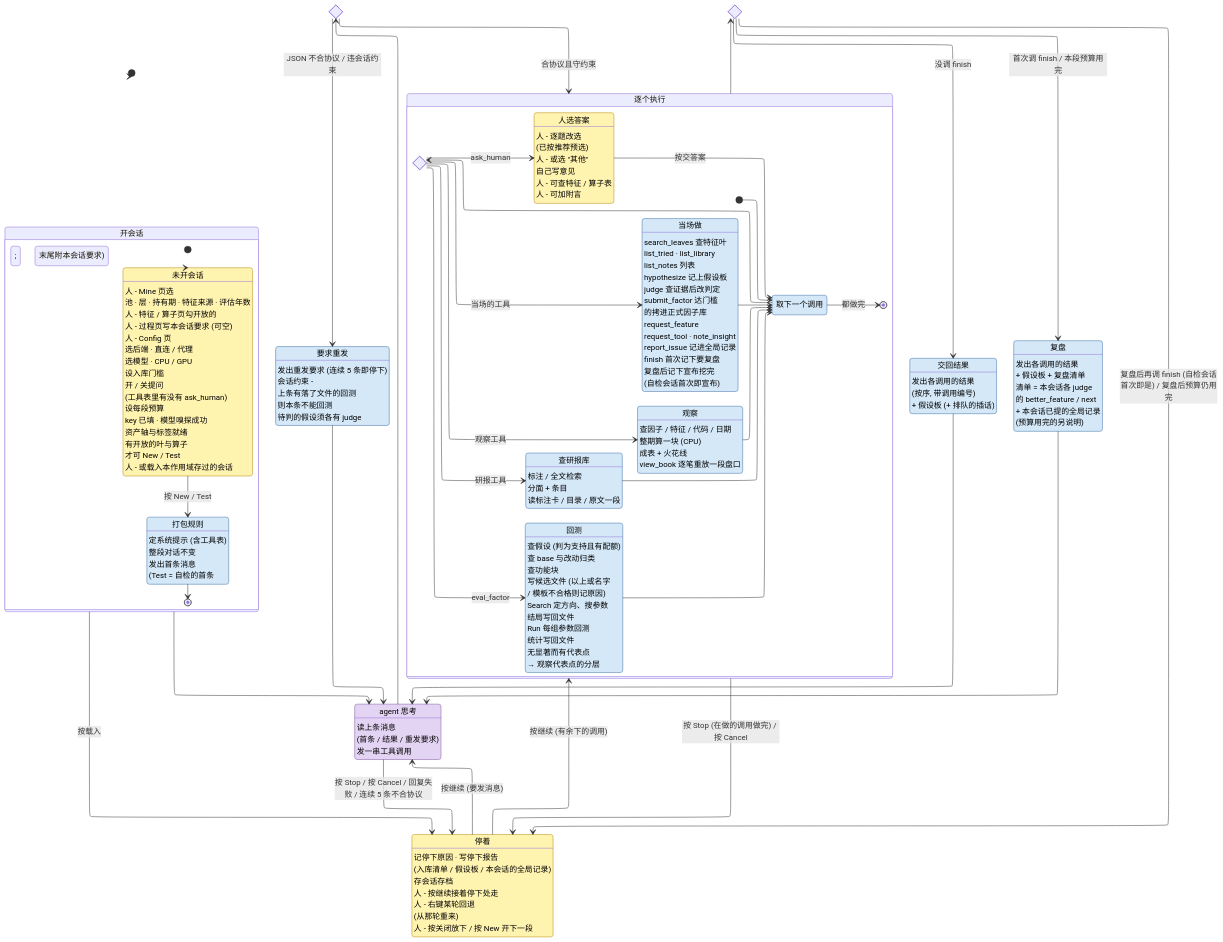
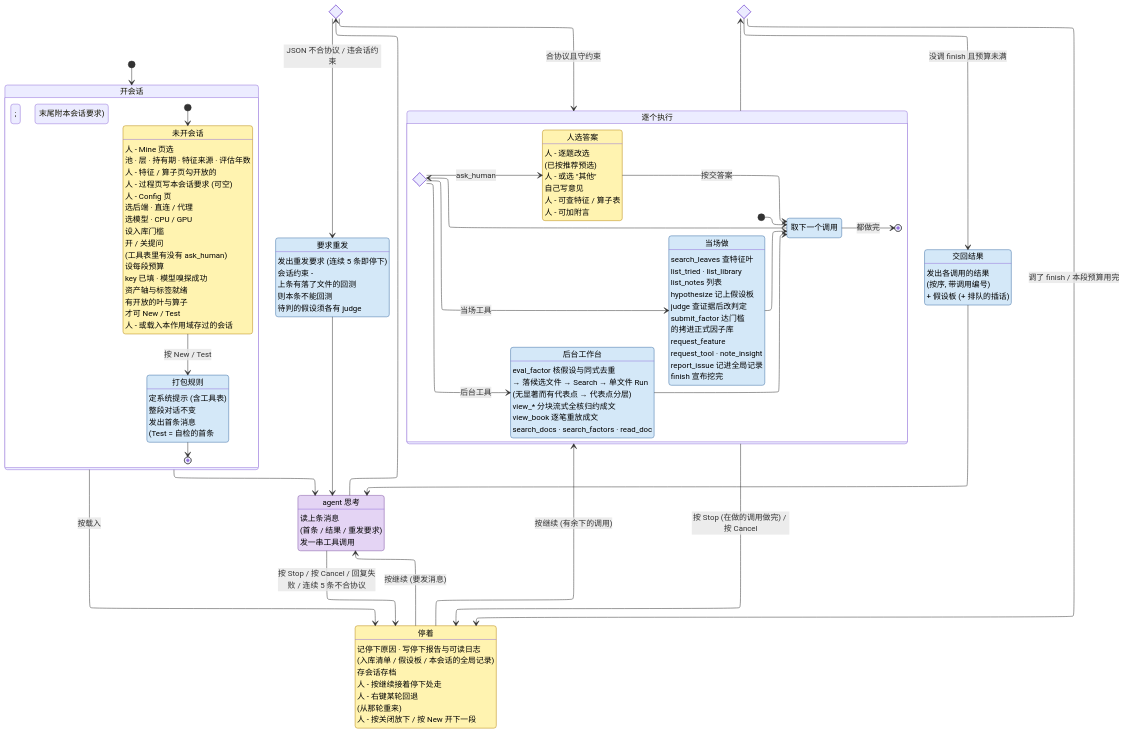
The diagram in AGENT.md (CoCoMilkyWay/stk), drawn with Mermaid before and after one commit. The commit also changed other lines of this file and 45 other files, not shown here.

````diff
--- a/AGENT.md
+++ b/AGENT.md
@@ -92,41 +90,25 @@
         direction LR
         state "取下一个调用" as Next
         state Kind <<choice>>
-        state "当场做" as Now
-        Now : search_leaves 查特征叶
-        Now : list_tried · list_library
-        Now : list_notes 列表
-        Now : hypothesize 记上假设板
-        Now : judge 查证据后改判定
-        Now : submit_factor 达门槛
-        Now : 的拷进正式因子库
-        Now : request_feature
-        Now : request_tool · note_insight
-        Now : report_issue 记进全局记录
-        Now : finish 首次记下要复盘
-        Now : 复盘后记下宣布挖完
-        Now : (自检会话首次即宣布)
-        state "观察" as Look
-        Look : 查因子 / 特征 / 代码 / 日期
-        Look : 整期算一块 (CPU)
-        Look : 成表 + 火花线
-        Look : view_book 逐笔重放一段盘口
-        state "查研报库" as Docs
-        Docs : 标注 / 全文检索
-        Docs : 分面 + 条目
-        Docs : 读标注卡 / 目录 / 原文一段
-        state "回测" as Eval
-        Eval : 查假设 (判为支持且有配额)
-        Eval : 查 base 与改动归类
-        Eval : 查功能块
-        Eval : 写候选文件 (以上或名字
-        Eval : / 模板不合格则记原因)
-        Eval : Search 定方向、搜参数
-        Eval : 结局写回文件
-        Eval : Run 每组参数回测
-        Eval : 统计写回文件
-        Eval : 无显著而有代表点
-        Eval : → 观察代表点的分层
+        state "当场做" as Sync
+        Sync : search_leaves 查特征叶
+        Sync : list_tried · list_library
+        Sync : list_notes 列表
+        Sync : hypothesize 记上假设板
+        Sync : judge 查证据后改判定
+        Sync : submit_factor 达门槛
+        Sync : 的拷进正式因子库
+        Sync : request_feature
+        Sync : request_tool · note_insight
+        Sync : report_issue 记进全局记录
+        Sync : finish 宣布挖完
+        state "后台工作台" as Lab
+        Lab : eval_factor 核假设与同式去重
+        Lab : → 落候选文件 → Search → 单文件 Run
+        Lab : (无显著而有代表点 → 代表点分层)
+        Lab : view_* 分块流式全核归约成文
+        Lab : view_book 逐笔重放成文
+        Lab : search_docs · search_factors · read_doc
         state "人选答案" as Choose
         Choose : 人 - 逐题改选
         Choose : (已按推荐预选)
@@ -137,15 +119,11 @@
 
         [*] --> Next
         Next --> Kind
-        Kind --> Now : 当场的工具
-        Kind --> Look : 观察工具
-        Kind --> Docs : 研报工具
-        Kind --> Eval : eval_factor
+        Kind --> Sync : 当场工具
+        Kind --> Lab : 后台工具
         Kind --> Choose : ask_human
-        Now --> Next
-        Look --> Next
-        Docs --> Next
-        Eval --> Next
+        Sync --> Next
+        Lab --> Next
         Choose --> Next : 按交答案
         Next --> [*] : 都做完
     }
@@ -154,16 +132,9 @@
     Round : 发出各调用的结果
     Round : (按序, 带调用编号)
     Round : + 假设板 (+ 排队的插话)
-    state "复盘" as Review
-    Review : 发出各调用的结果
-    Review : + 假设板 + 复盘清单
-    Review : 清单 = 本会话各 judge
-    Review : 的 better_feature / next
-    Review : + 本会话已提的全局记录
-    Review : (预算用完的另说明)
 
     state "停着" as Pause
-    Pause : 记停下原因 · 写停下报告
+    Pause : 记停下原因 · 写停下报告与可读日志
     Pause : (入库清单 / 假设板 / 本会话的全局记录)
     Pause : 存会话存档
     Pause : 人 - 按继续接着停下处走
@@ -179,11 +150,9 @@
     Format --> GAct : 合协议且守约束
     Retry --> Think
     GAct --> Fin
-    Fin --> Round : 没调 finish
-    Fin --> Review : 首次调 finish / 本段预算用完
-    Fin --> Pause : 复盘后再调 finish (自检会话首次即是) / 复盘后预算仍用完
+    Fin --> Round : 没调 finish 且预算未满
+    Fin --> Pause : 调了 finish / 本段预算用完
     Round --> Think
-    Review --> Think
     Think --> Pause : 按 Stop / 按 Cancel / 回复失败 / 连续 5 条不合协议
     GAct --> Pause : 按 Stop (在做的调用做完) / 按 Cancel
     Pause --> Think : 按继续 (要发消息)
@@ -194,5 +163,5 @@
     classDef sys fill:#d4e8f8,stroke:#3a6ea5,color:#000
     class None, Choose, Pause human
     class Think agent
-    class Pack, Retry, Next, Now, Look, Docs, Eval, Round, Review sys
+    class Pack, Retry, Next, Sync, Lab, Round sys
 ```
````
